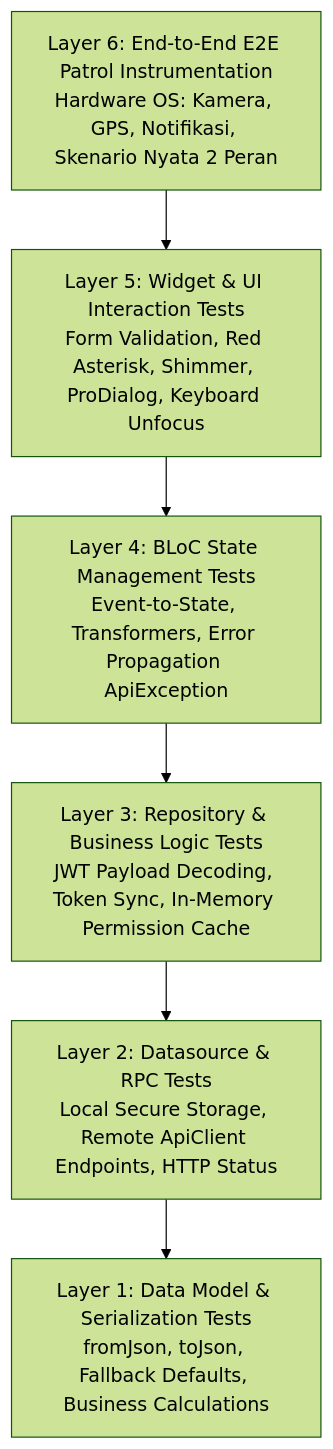
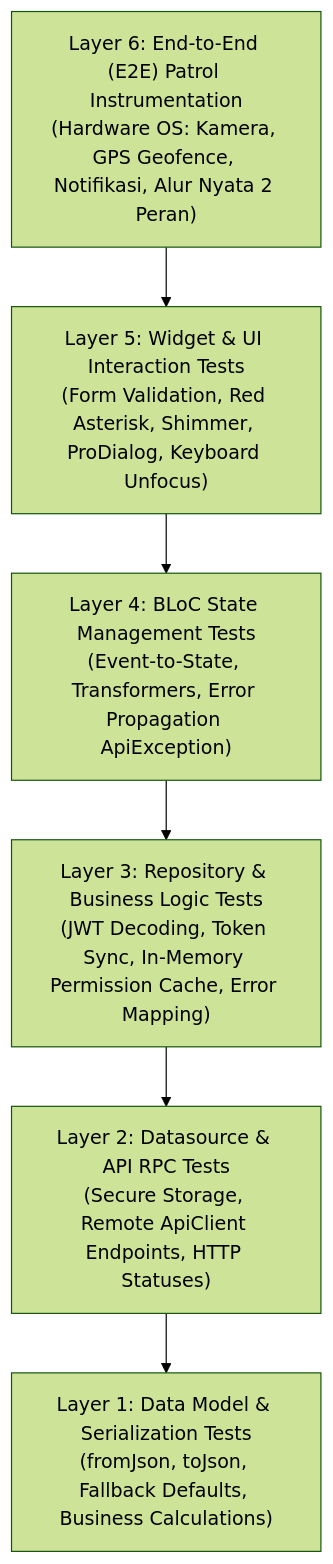
Before and after one commit to rafliandreansyah/hris_flutter: the first of 2 diagrams in docs/TESTING_FLOW_AND_CHECKLIST.md, drawn with Mermaid (forest theme). The commit also changed other lines of this file and 160 other files, not shown here.

````diff
--- a/docs/TESTING_FLOW_AND_CHECKLIST.md
+++ b/docs/TESTING_FLOW_AND_CHECKLIST.md
@@ -54,15 +63,15 @@
 ```mermaid
 graph TD
-    L6[Layer 6: End-to-End E2E Patrol Instrumentation<br/>Hardware OS: Kamera, GPS, Notifikasi, Skenario Nyata 2 Peran]
-    L5[Layer 5: Widget & UI Interaction Tests<br/>Form Validation, Red Asterisk, Shimmer, ProDialog, Keyboard Unfocus]
-    L4[Layer 4: BLoC State Management Tests<br/>Event-to-State, Transformers, Error Propagation ApiException]
-    L3[Layer 3: Repository & Business Logic Tests<br/>JWT Payload Decoding, Token Sync, In-Memory Permission Cache]
-    L2[Layer 2: Datasource & RPC Tests<br/>Local Secure Storage, Remote ApiClient Endpoints, HTTP Status]
-    L1[Layer 1: Data Model & Serialization Tests<br/>fromJson, toJson, Fallback Defaults, Business Calculations]
+    L6["Layer 6: End-to-End (E2E) Patrol Instrumentation<br/>(Hardware OS: Kamera, GPS Geofence, Notifikasi, Alur Nyata 2 Peran)"]
+    L5["Layer 5: Widget & UI Interaction Tests<br/>(Form Validation, Red Asterisk, Shimmer, ProDialog, Keyboard Unfocus)"]
+    L4["Layer 4: BLoC State Management Tests<br/>(Event-to-State, Transformers, Error Propagation ApiException)"]
+    L3["Layer 3: Repository & Business Logic Tests<br/>(JWT Decoding, Token Sync, In-Memory Permission Cache, Error Mapping)"]
+    L2["Layer 2: Datasource & API RPC Tests<br/>(Secure Storage, Remote ApiClient Endpoints, HTTP Statuses)"]
+    L1["Layer 1: Data Model & Serialization Tests<br/>(fromJson, toJson, Fallback Defaults, Business Calculations)"]
 
     L6 --> L5
     L5 --> L4
     L4 --> L3
     L3 --> L2
     L2 --> L1
 ```
````
